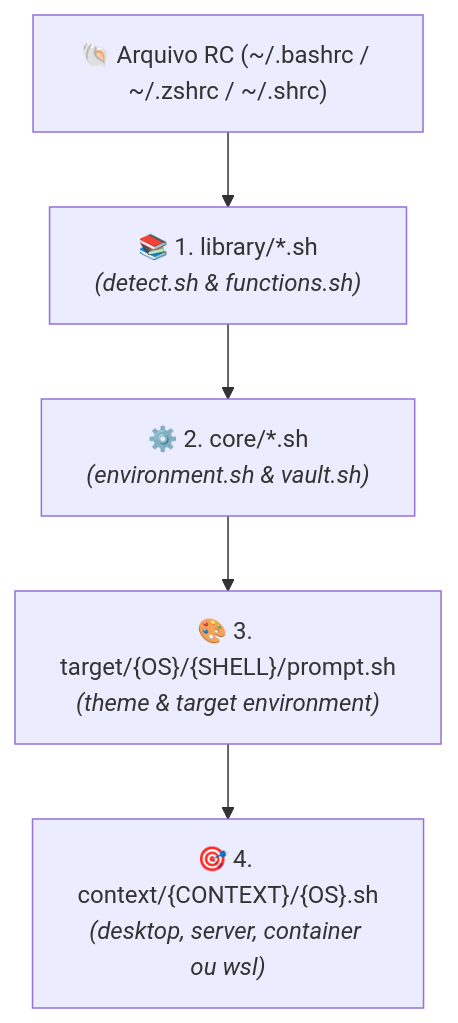
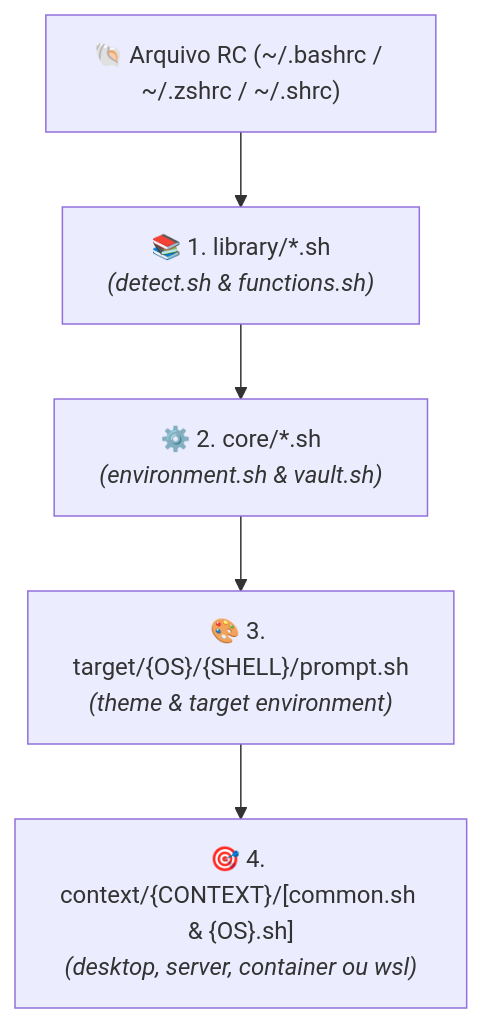
One commit to GabrielFrigo4/shell changed the third of 3 diagrams in README.md. Above: the diagram before and after it, drawn with Mermaid. The commit also changed other lines of this file and 25 other files, not shown here.

````diff
--- a/README.md
+++ b/README.md
@@ -197,7 +198,7 @@
 ```mermaid
 flowchart TD
     RC["🐚 Arquivo RC (~/.bashrc / ~/.zshrc / ~/.shrc)"] --> LIB["📚 1. library/*.sh<br/><i>(detect.sh & functions.sh)</i>"]
     LIB --> CORE["⚙️ 2. core/*.sh<br/><i>(environment.sh & vault.sh)</i>"]
     CORE --> TGT["🎨 3. target/{OS}/{SHELL}/prompt.sh<br/><i>(theme & target environment)</i>"]
-    TGT --> CTX["🎯 4. context/{CONTEXT}/{OS}.sh<br/><i>(desktop, server, container ou wsl)</i>"]
+    TGT --> CTX["🎯 4. context/{CONTEXT}/[common.sh & {OS}.sh]<br/><i>(desktop, server, container ou wsl)</i>"]
 ```
````
